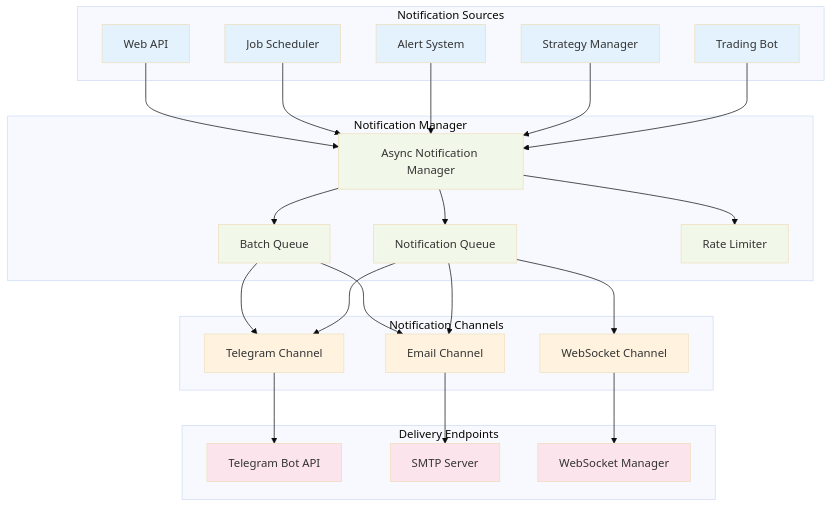
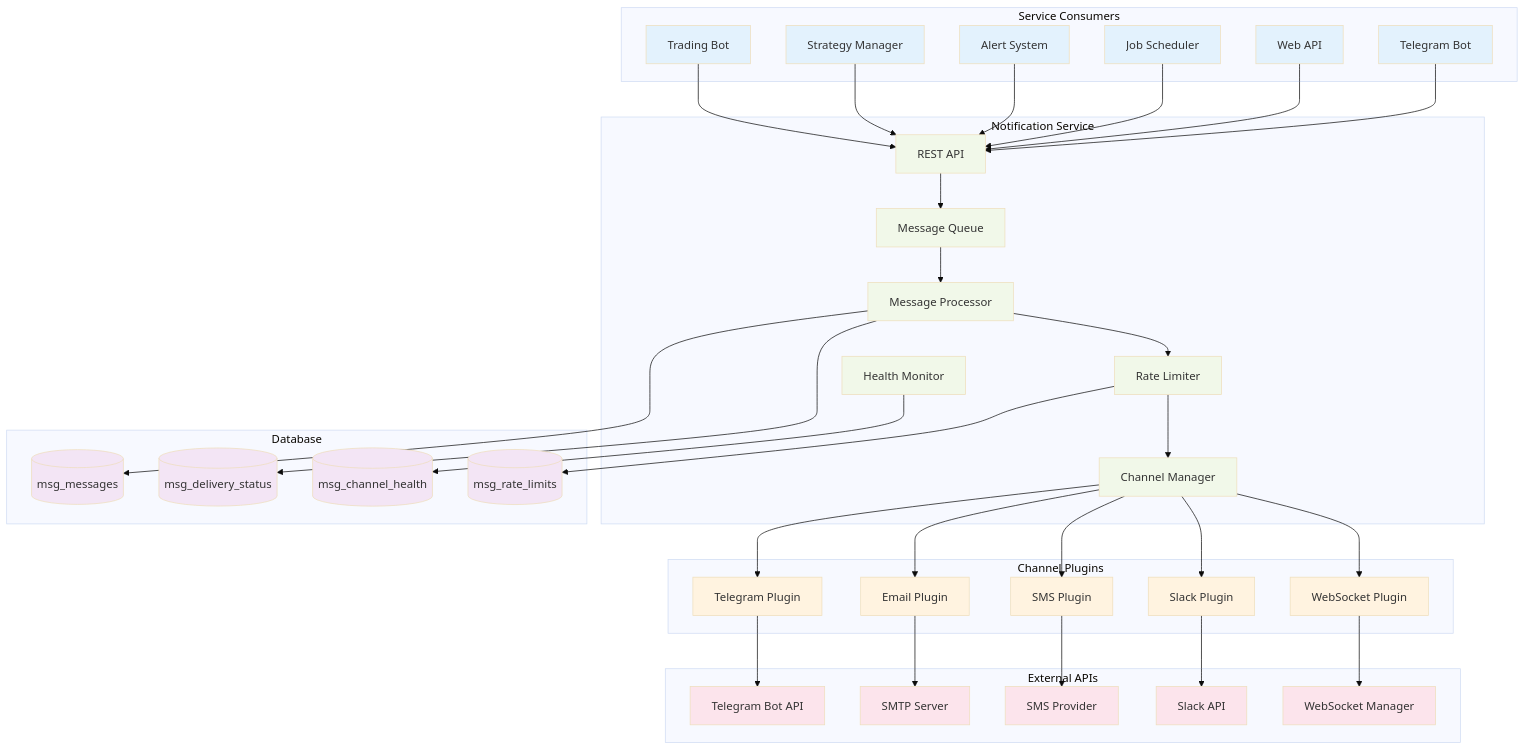
One commit to iwozere/e-trading changed the diagram in docs/HLA/notification-services.md. Above: the diagram before and after it, drawn with Mermaid (base theme). The commit also changed other lines of this file and 103 other files, not shown here.

````diff
--- a/docs/HLA/notification-services.md
+++ b/docs/HLA/notification-services.md
@@ -11,62 +19,84 @@
 ```mermaid
 graph TB
-    subgraph "Notification Sources"
+    subgraph "Service Consumers"
         TradingBot[Trading Bot]
         StrategyMgr[Strategy Manager]
         AlertSystem[Alert System]
         JobScheduler[Job Scheduler]
         WebAPI[Web API]
+        TelegramBot[Telegram Bot]
     end
 
-    subgraph "Notification Manager"
-        NotificationMgr[Async Notification Manager]
-        NotificationQueue[Notification Queue]
-        BatchQueue[Batch Queue]
+    subgraph "Notification Service"
+        API[REST API]
+        MessageQueue[Message Queue]
+        Processor[Message Processor]
         RateLimiter[Rate Limiter]
+        ChannelManager[Channel Manager]
+        HealthMonitor[Health Monitor]
     end
 
-    subgraph "Notification Channels"
-        TelegramChannel[Telegram Channel]
-        EmailChannel[Email Channel]
-        WebSocketChannel[WebSocket Channel]
+    subgraph "Channel Plugins"
+        TelegramChannel[Telegram Plugin]
+        EmailChannel[Email Plugin]
+        SMSChannel[SMS Plugin]
+        SlackChannel[Slack Plugin]
+        WebSocketChannel[WebSocket Plugin]
     end
 
-    subgraph "Delivery Endpoints"
+    subgraph "External APIs"
         TelegramAPI[Telegram Bot API]
         SMTPServer[SMTP Server]
+        SMSProvider[SMS Provider]
+        SlackAPI[Slack API]
         WebSocketMgr[WebSocket Manager]
     end
 
-    %% Notification Flow
-    TradingBot --> NotificationMgr
-    StrategyMgr --> NotificationMgr
-    AlertSystem --> NotificationMgr
-    JobScheduler --> NotificationMgr
-    WebAPI --> NotificationMgr
+    subgraph "Database"
+        Messages[(msg_messages)]
+        DeliveryStatus[(msg_delivery_status)]
+        ChannelHealth[(msg_channel_health)]
+        RateLimits[(msg_rate_limits)]
+    end
 
-    NotificationMgr --> NotificationQueue
-    NotificationMgr --> BatchQueue
-    NotificationMgr --> RateLimiter
+    TradingBot --> API
+    StrategyMgr --> API
+    AlertSystem --> API
+    JobScheduler --> API
+    WebAPI --> API
+    TelegramBot --> API
 
-    NotificationQueue --> TelegramChannel
-    NotificationQueue --> EmailChannel
-    NotificationQueue --> WebSocketChannel
-
-    BatchQueue --> TelegramChannel
-    BatchQueue --> EmailChannel
+    API --> MessageQueue
+    MessageQueue --> Processor
+    Processor --> RateLimiter
+    RateLimiter --> ChannelManager
+    ChannelManager --> TelegramChannel
+    ChannelManager --> EmailChannel
+    ChannelManager --> SMSChannel
+    ChannelManager --> SlackChannel
+    ChannelManager --> WebSocketChannel
 
     TelegramChannel --> TelegramAPI
     EmailChannel --> SMTPServer
+    SMSChannel --> SMSProvider
+    SlackChannel --> SlackAPI
     WebSocketChannel --> WebSocketMgr
+
+    Processor --> Messages
+    Processor --> DeliveryStatus
+    HealthMonitor --> ChannelHealth
+    RateLimiter --> RateLimits
 
     %% Styling
     classDef sourceLayer fill:#e3f2fd
-    classDef managerLayer fill:#f1f8e9
-    classDef channelLayer fill:#fff3e0
+    classDef serviceLayer fill:#f1f8e9
+    classDef pluginLayer fill:#fff3e0
     classDef endpointLayer fill:#fce4ec
+    classDef dataLayer fill:#f3e5f5
 
-    class TradingBot,StrategyMgr,AlertSystem,JobScheduler,WebAPI sourceLayer
-    class NotificationMgr,NotificationQueue,BatchQueue,RateLimiter managerLayer
-    class TelegramChannel,EmailChannel,WebSocketChannel channelLayer
-    class TelegramAPI,SMTPServer,WebSocketMgr endpointLayer
+    class TradingBot,StrategyMgr,AlertSystem,JobScheduler,WebAPI,TelegramBot sourceLayer
+    class API,MessageQueue,Processor,RateLimiter,ChannelManager,HealthMonitor serviceLayer
+    class TelegramChannel,EmailChannel,SMSChannel,SlackChannel,WebSocketChannel pluginLayer
+    class TelegramAPI,SMTPServer,SMSProvider,SlackAPI,WebSocketMgr endpointLayer
+    class Messages,DeliveryStatus,ChannelHealth,RateLimits dataLayer
 ```
````
